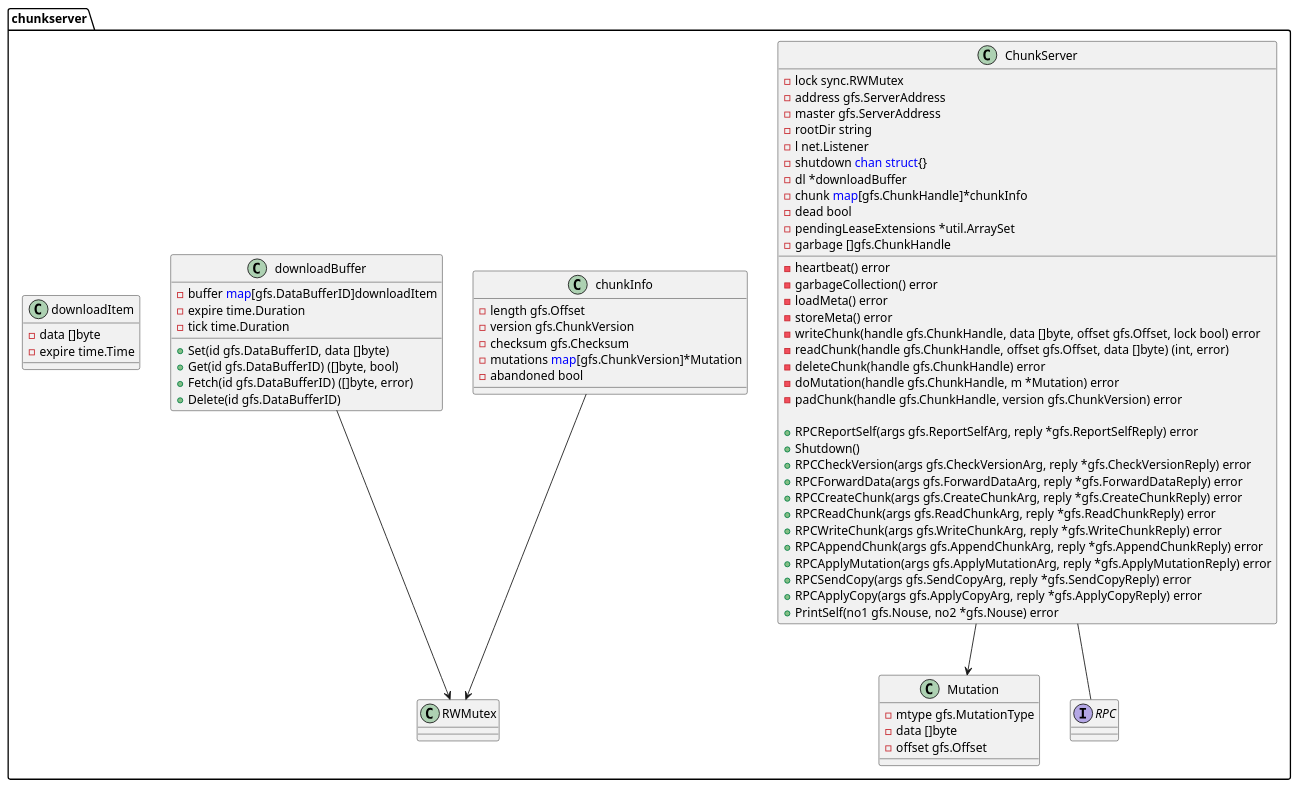
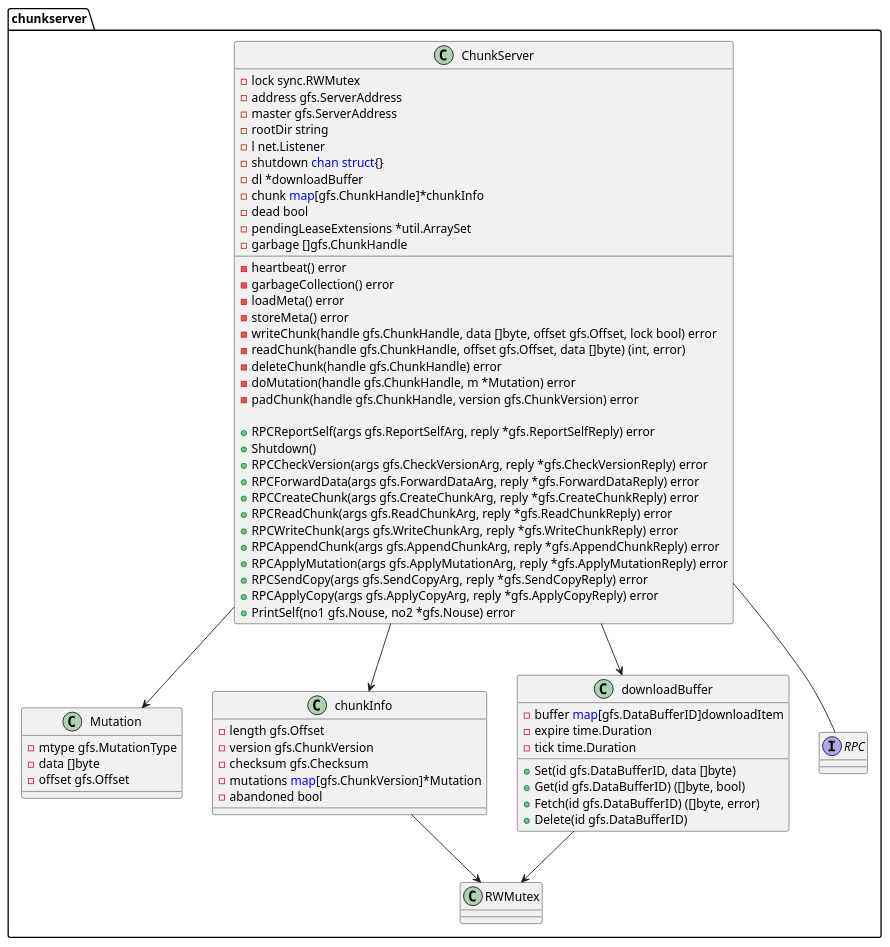
Before and after one commit to sonderlau/UML-Lesson: the diagram in src/Class/Chunkserver.wsd, drawn with PlantUML. The commit also changed 3 other files, not shown here.

```diff
--- a/src/Class/Chunkserver.wsd
+++ b/src/Class/Chunkserver.wsd
@@ -1,88 +1,86 @@
 @startuml "类图 - chunkserver"
 
 namespace chunkserver {
     class ChunkServer  {
         - lock sync.RWMutex
         - address gfs.ServerAddress
         - master gfs.ServerAddress
         - rootDir string
         - l net.Listener
         - shutdown <font color=blue>chan</font> <font color=blue>struct</font>{}
         - dl *downloadBuffer
         - chunk <font color=blue>map</font>[gfs.ChunkHandle]*chunkInfo
         - dead bool
         - pendingLeaseExtensions *util.ArraySet
         - garbage []gfs.ChunkHandle
 
         - heartbeat() error
         - garbageCollection() error
         - loadMeta() error
         - storeMeta() error
         - writeChunk(handle gfs.ChunkHandle, data []byte, offset gfs.Offset, lock bool) error
         - readChunk(handle gfs.ChunkHandle, offset gfs.Offset, data []byte) (int, error)
         - deleteChunk(handle gfs.ChunkHandle) error
         - doMutation(handle gfs.ChunkHandle, m *Mutation) error
         - padChunk(handle gfs.ChunkHandle, version gfs.ChunkVersion) error
 
         + RPCReportSelf(args gfs.ReportSelfArg, reply *gfs.ReportSelfReply) error
-        + Shutdown() 
+        + Shutdown()
         + RPCCheckVersion(args gfs.CheckVersionArg, reply *gfs.CheckVersionReply) error
         + RPCForwardData(args gfs.ForwardDataArg, reply *gfs.ForwardDataReply) error
         + RPCCreateChunk(args gfs.CreateChunkArg, reply *gfs.CreateChunkReply) error
         + RPCReadChunk(args gfs.ReadChunkArg, reply *gfs.ReadChunkReply) error
         + RPCWriteChunk(args gfs.WriteChunkArg, reply *gfs.WriteChunkReply) error
         + RPCAppendChunk(args gfs.AppendChunkArg, reply *gfs.AppendChunkReply) error
         + RPCApplyMutation(args gfs.ApplyMutationArg, reply *gfs.ApplyMutationReply) error
         + RPCSendCopy(args gfs.SendCopyArg, reply *gfs.SendCopyReply) error
         + RPCApplyCopy(args gfs.ApplyCopyArg, reply *gfs.ApplyCopyReply) error
         + PrintSelf(no1 gfs.Nouse, no2 *gfs.Nouse) error
 
     }
     class Mutation  {
         - mtype gfs.MutationType
         - data []byte
         - offset gfs.Offset
 
     }
     class chunkInfo  {
         - length gfs.Offset
         - version gfs.ChunkVersion
         - checksum gfs.Checksum
         - mutations <font color=blue>map</font>[gfs.ChunkVersion]*Mutation
         - abandoned bool
 
     }
     class downloadBuffer  {
         - buffer <font color=blue>map</font>[gfs.DataBufferID]downloadItem
         - expire time.Duration
         - tick time.Duration
 
-        + Set(id gfs.DataBufferID, data []byte) 
+        + Set(id gfs.DataBufferID, data []byte)
         + Get(id gfs.DataBufferID) ([]byte, bool)
         + Fetch(id gfs.DataBufferID) ([]byte, error)
-        + Delete(id gfs.DataBufferID) 
-
-    }
-    class downloadItem  {
-        - data []byte
-        - expire time.Time
+        + Delete(id gfs.DataBufferID)
 
     }
     class RWMutex
 
     interface RPC
 
     ChunkServer -- RPC
 
     ChunkServer --> Mutation
 
     chunkInfo --> RWMutex
 
     downloadBuffer --> RWMutex
 
+    ChunkServer --> chunkInfo
+
+    ChunkServer --> downloadBuffer
 
 }
 
 
 
 @enduml
```
